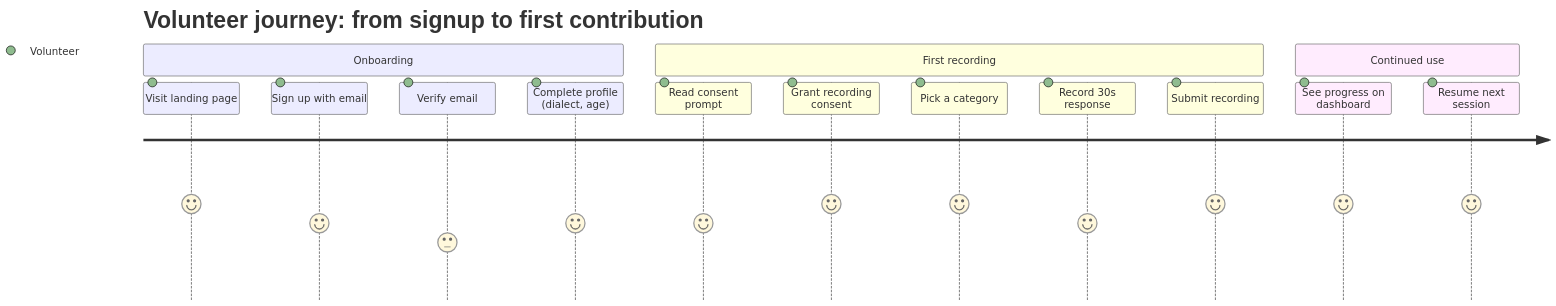
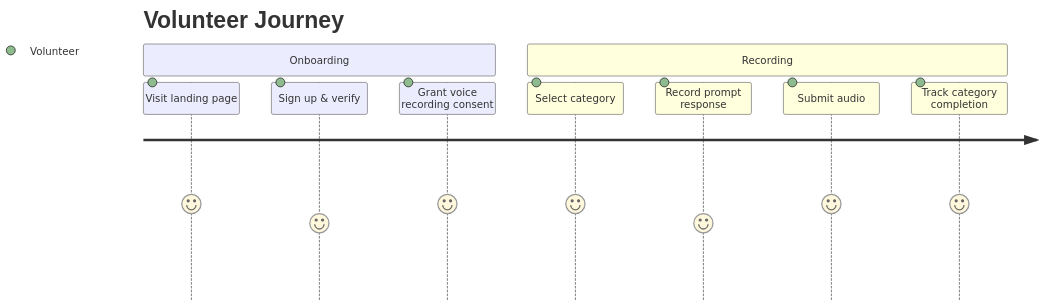
The fifth of 7 diagrams in README.md (DeKUT-DSAIL/JasinaHub), drawn with Mermaid before and after one commit. The commit also changed other lines of this file and 2 other files, not shown here.

````diff
--- a/README.md
+++ b/README.md
@@ -321,18 +324,13 @@
 ```mermaid
 journey
-  title Volunteer journey: from signup to first contribution
+  title Volunteer Journey
   section Onboarding
     Visit landing page: 5: Volunteer
-    Sign up with email: 4: Volunteer
-    Verify email: 3: Volunteer
-    Complete profile (dialect, age): 4: Volunteer
-  section First recording
-    Read consent prompt: 4: Volunteer
-    Grant recording consent: 5: Volunteer
-    Pick a category: 5: Volunteer
-    Record 30s response: 4: Volunteer
-    Submit recording: 5: Volunteer
-  section Continued use
-    See progress on dashboard: 5: Volunteer
-    Resume next session: 5: Volunteer
+    Sign up & verify: 4: Volunteer
+    Grant voice recording consent: 5: Volunteer
+  section Recording
+    Select category: 5: Volunteer
+    Record prompt response: 4: Volunteer
+    Submit audio: 5: Volunteer
+    Track category completion: 5: Volunteer
 ```
````
